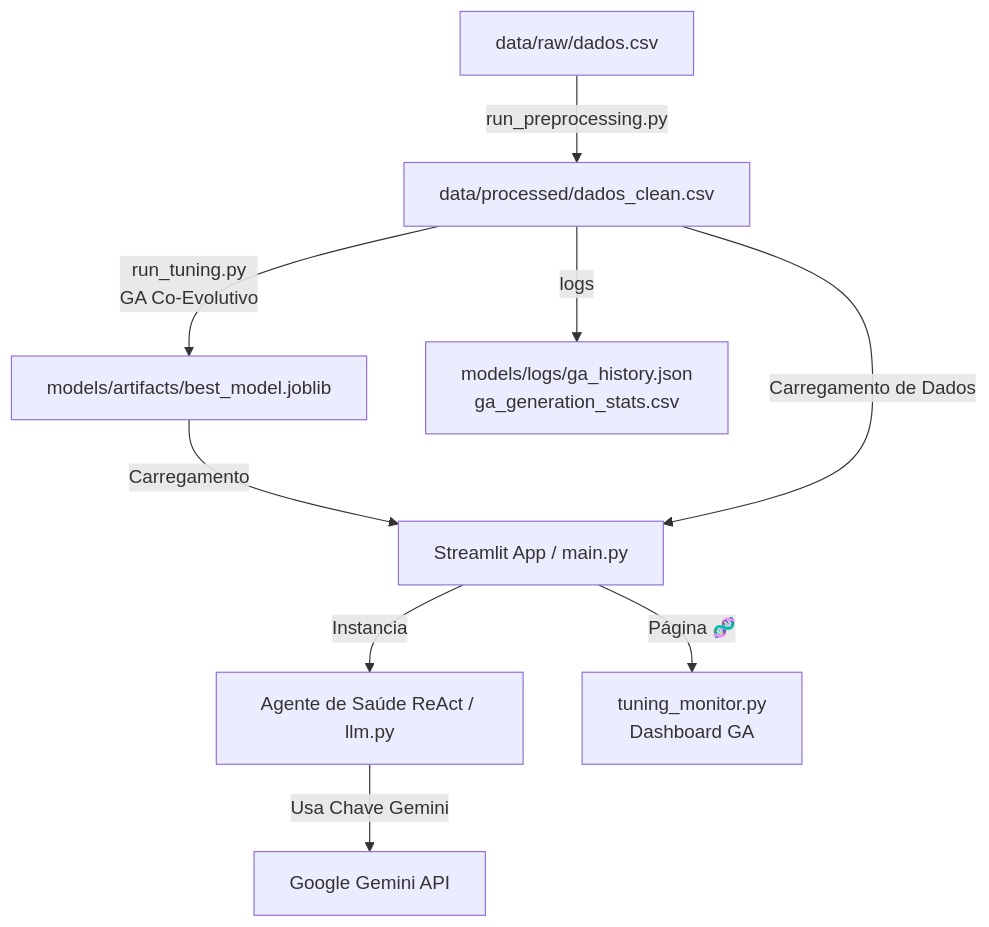
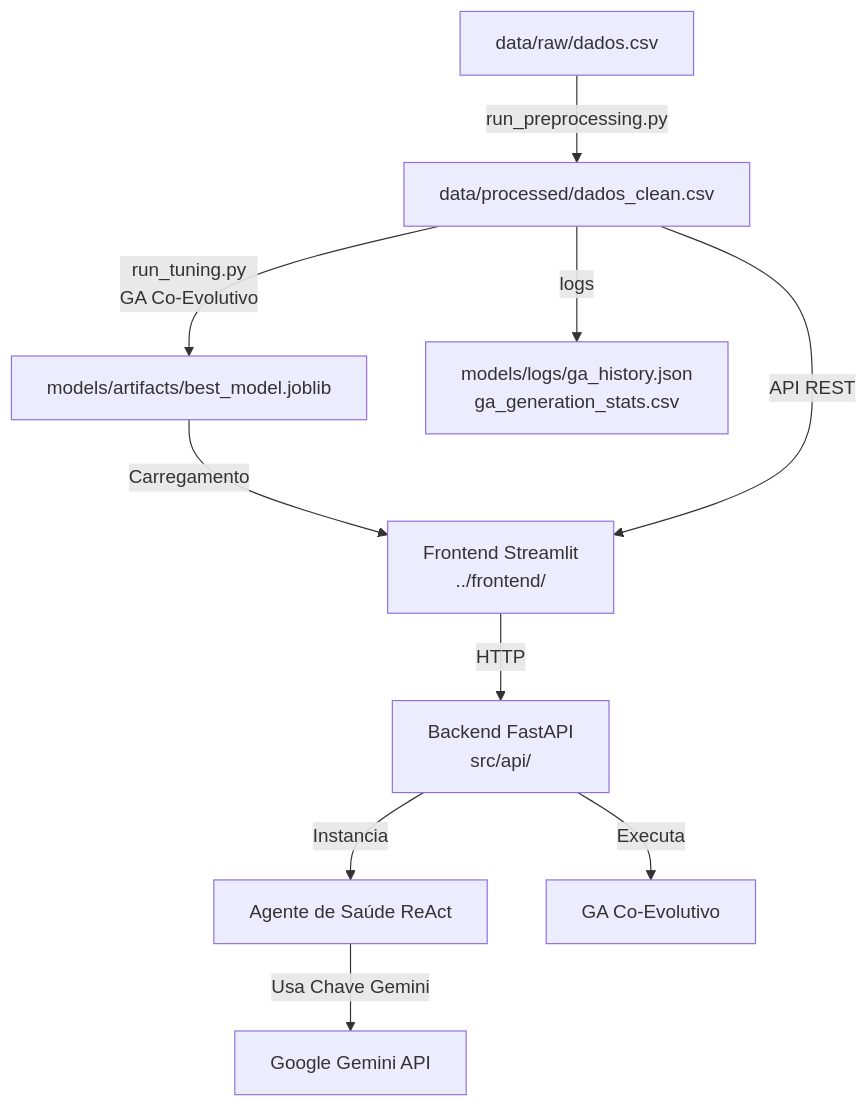
Before and after one commit to vagner-nascimento/fiap-pos-ia-para-devs-fase2-tech-challenge: the second of 2 diagrams in backend/docs/architecture.md, drawn with Mermaid. The commit also changed other lines of this file and 36 other files, not shown here.

First line of the commit message:
feat: add Docker support and implement FastAPI for nutritional health agent API

````diff
--- a/backend/docs/architecture.md
+++ b/backend/docs/architecture.md
@@ -196,11 +193,12 @@
 ```mermaid
 graph TD
     A[data/raw/dados.csv] -->|run_preprocessing.py| B[data/processed/dados_clean.csv]
     B -->|run_tuning.py\nGA Co-Evolutivo| C[models/artifacts/best_model.joblib]
     B -->|logs| D2[models/logs/ga_history.json\nga_generation_stats.csv]
-    C -->|Carregamento| D[Streamlit App / main.py]
-    B -->|Carregamento de Dados| D
-    D -->|Instancia| E[Agente de Saúde ReAct / llm.py]
-    D -->|Página 🧬| F[tuning_monitor.py\nDashboard GA]
+    C -->|Carregamento| D[Frontend Streamlit\n../frontend/]
+    B -->|API REST| D
+    D -->|HTTP| API[Backend FastAPI\nsrc/api/]
+    API -->|Instancia| E[Agente de Saúde ReAct]
+    API -->|Executa| F[GA Co-Evolutivo]
     E -->|Usa Chave Gemini| G[Google Gemini API]
 ```
````
